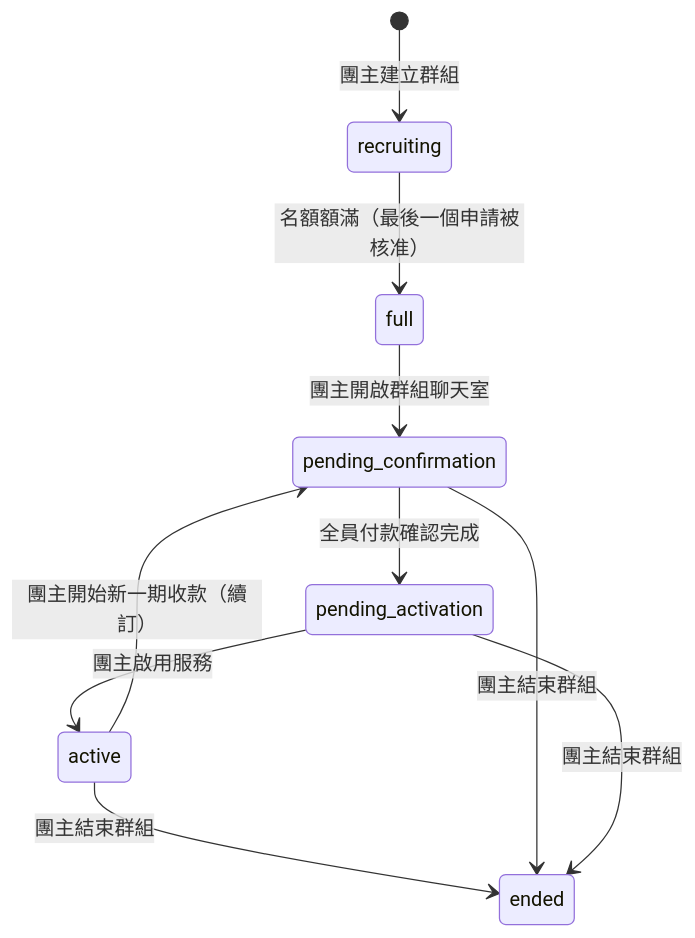
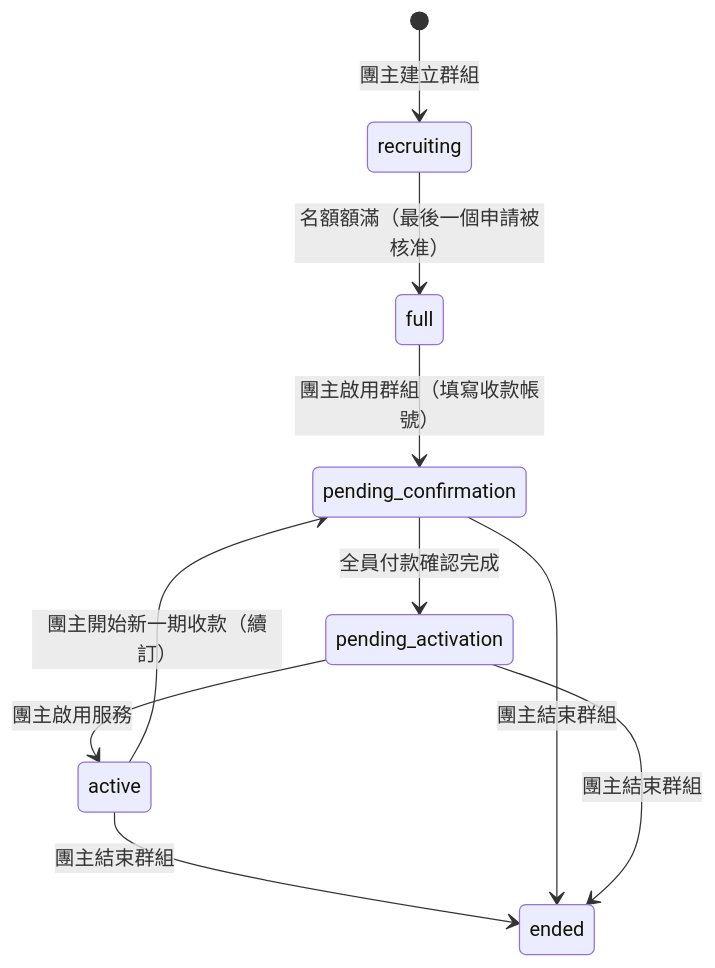
The first of 6 diagrams in docs/user-flows.md (s1092055/PartyMatch), drawn with Mermaid before and after one commit. The commit also changed other lines of this file and 2 other files, not shown here.

First line of the commit message:
docs: 修正 full 狀態的觸發動作描述

````diff
--- a/docs/user-flows.md
+++ b/docs/user-flows.md
@@ -7,12 +7,12 @@
 ```mermaid
 stateDiagram-v2
   [*] --> recruiting : 團主建立群組
   recruiting --> full : 名額額滿（最後一個申請被核准）
-  full --> pending_confirmation : 團主開啟群組聊天室
+  full --> pending_confirmation : 團主啟用群組（填寫收款帳號）
   pending_confirmation --> pending_activation : 全員付款確認完成
   pending_activation --> active : 團主啟用服務
   active --> pending_confirmation : 團主開始新一期收款（續訂）
   active --> ended : 團主結束群組
   pending_confirmation --> ended : 團主結束群組
   pending_activation --> ended : 團主結束群組
 ```
````
